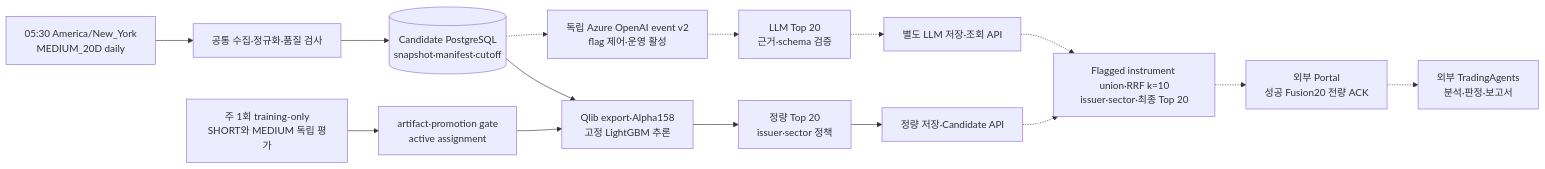
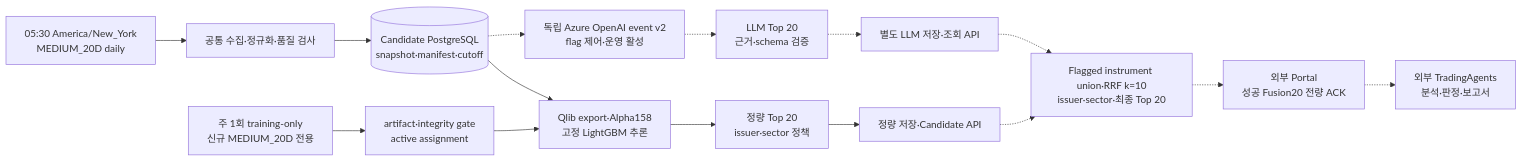
Before and after one commit to brjeong-private/sp500-candidate-engine: the second of 5 diagrams in README.md, drawn with Mermaid. The commit also changed other lines of this file and 20 other files, not shown here.

First line of the commit message:
Reconcile model and LLM architecture with verified production baseline

````diff
--- a/README.md
+++ b/README.md
@@ -200,17 +198,17 @@
 ```mermaid
 flowchart LR
     Timer["05:30 America/New_York<br/>MEDIUM_20D daily"] --> Collect["공통 수집·정규화·품질 검사"]
     Collect --> Spine[("Candidate PostgreSQL<br/>snapshot·manifest·cutoff")]
     Spine --> Quant["Qlib export·Alpha158<br/>고정 LightGBM 추론"]
     Quant --> Quant20["정량 Top 20<br/>issuer·sector 정책"]
     Spine -.-> Llm["독립 Azure OpenAI event v2<br/>flag 제어·운영 활성"]
     Llm -.-> Llm20["LLM Top 20<br/>근거·schema 검증"]
     Quant20 --> QuantApi["정량 저장·Candidate API"]
     Llm20 -.-> LlmApi["별도 LLM 저장·조회 API"]
     QuantApi -.-> Fusion["Flagged instrument union·RRF k=10<br/>issuer·sector·최종 Top 20"]
     LlmApi -.-> Fusion
     Fusion -.-> Portal["외부 Portal<br/>성공 Fusion20 전량 ACK"]
     Portal -.-> Trading["외부 TradingAgents<br/>분석·판정·보고서"]
-    Weekly["주 1회 training-only<br/>SHORT와 MEDIUM 독립 평가"] --> Registry["artifact·promotion gate<br/>active assignment"]
+    Weekly["주 1회 training-only<br/>신규 MEDIUM_20D 전용"] --> Registry["artifact·integrity gate<br/>active assignment"]
     Registry --> Quant
 ```
````
